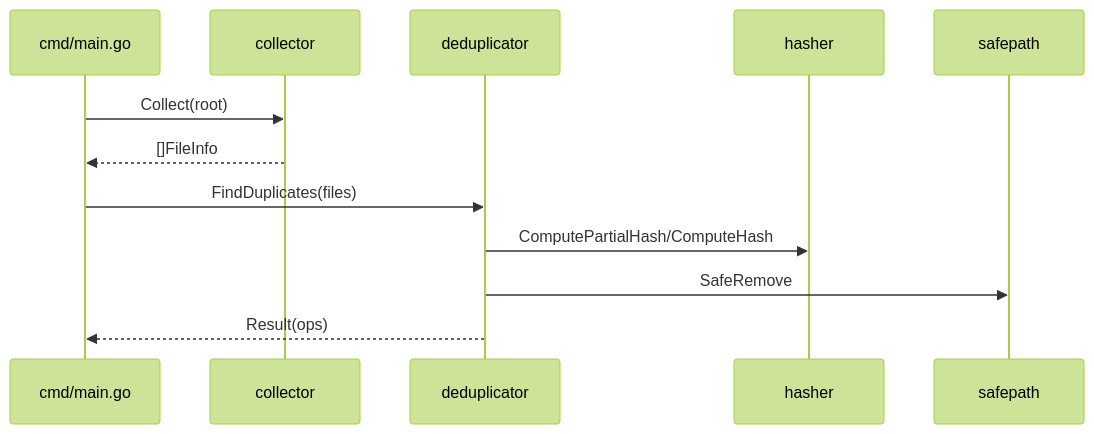
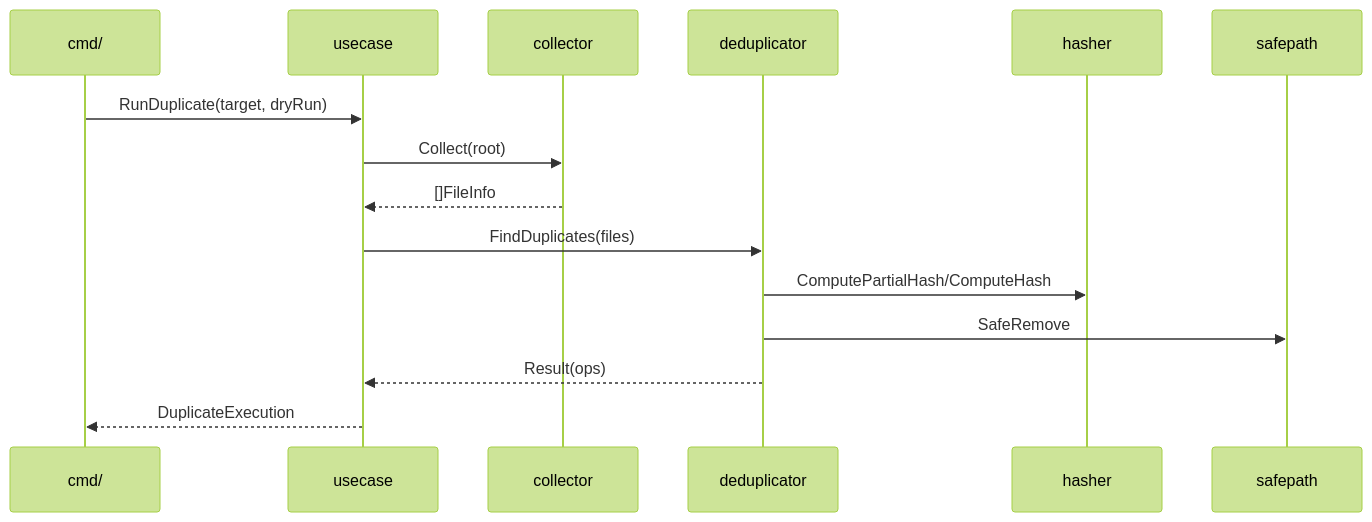
Before and after one commit to haapjari/btidy: the fourth of 5 diagrams in docs/ARCHITECTURE.md, drawn with Mermaid (forest theme). The commit also changed other lines of this file and 7 other files, not shown here.

Commit message:
refactor(cmd): extract command-line workflow orchestration into usecase service layer

````diff
--- a/docs/ARCHITECTURE.md
+++ b/docs/ARCHITECTURE.md
@@ -113,15 +121,18 @@
 ```mermaid
 sequenceDiagram
-  participant CLI as cmd/main.go
+  participant CLI as cmd/
+  participant U as usecase
   participant C as collector
   participant D as deduplicator
   participant H as hasher
   participant P as safepath
 
-  CLI->>C: Collect(root)
-  C-->>CLI: []FileInfo
-  CLI->>D: FindDuplicates(files)
+  CLI->>U: RunDuplicate(target, dryRun)
+  U->>C: Collect(root)
+  C-->>U: []FileInfo
+  U->>D: FindDuplicates(files)
   D->>H: ComputePartialHash/ComputeHash
   D->>P: SafeRemove
-  D-->>CLI: Result(ops)
+  D-->>U: Result(ops)
+  U-->>CLI: DuplicateExecution
 ```
````
